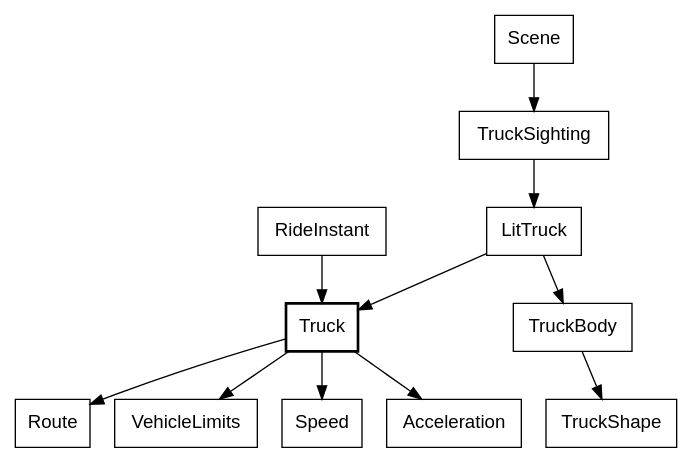
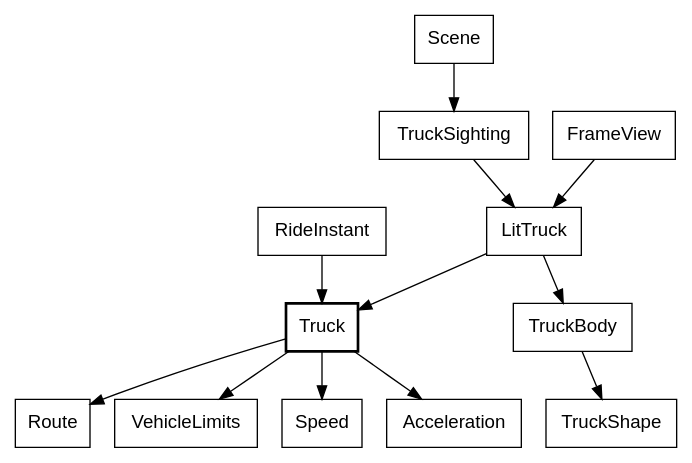
Before and after one commit to showell/roc-apps: diagram 20 of 34 in canvas_apps/safari/tutorial/tutorial.md, drawn with Graphviz. The commit also changed other lines of this file, not shown here.

Commit message:
tutorial: truck chapters' second accuracy round, and four stale names elsewhere

````diff
--- a/canvas_apps/safari/tutorial/tutorial.md
+++ b/canvas_apps/safari/tutorial/tutorial.md
@@ -1866,16 +1865,17 @@
 ```dot
 digraph truck {
   node [shape=box, fontname="Helvetica"];
   Truck [style=bold];
   RideInstant -> Truck;
   Truck -> Route;
   Truck -> VehicleLimits;
   Truck -> Speed;
   Truck -> Acceleration;
   Scene -> TruckSighting;
   TruckSighting -> LitTruck;
   LitTruck -> Truck;
   LitTruck -> TruckBody;
   TruckBody -> TruckShape;
+  FrameView -> LitTruck;
 }
 ```
````
